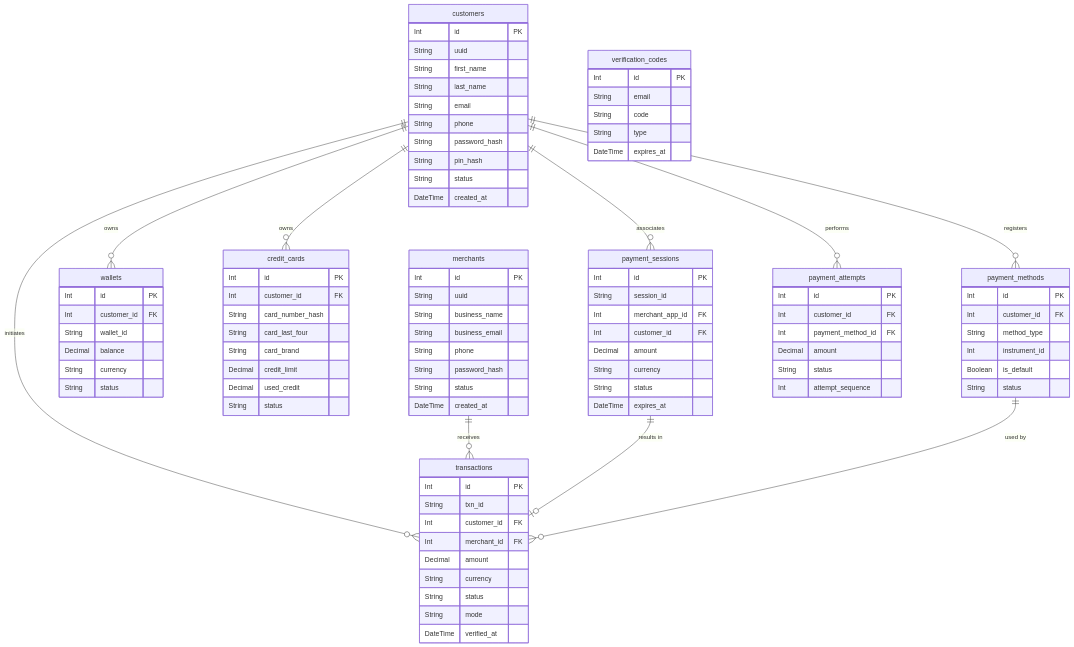
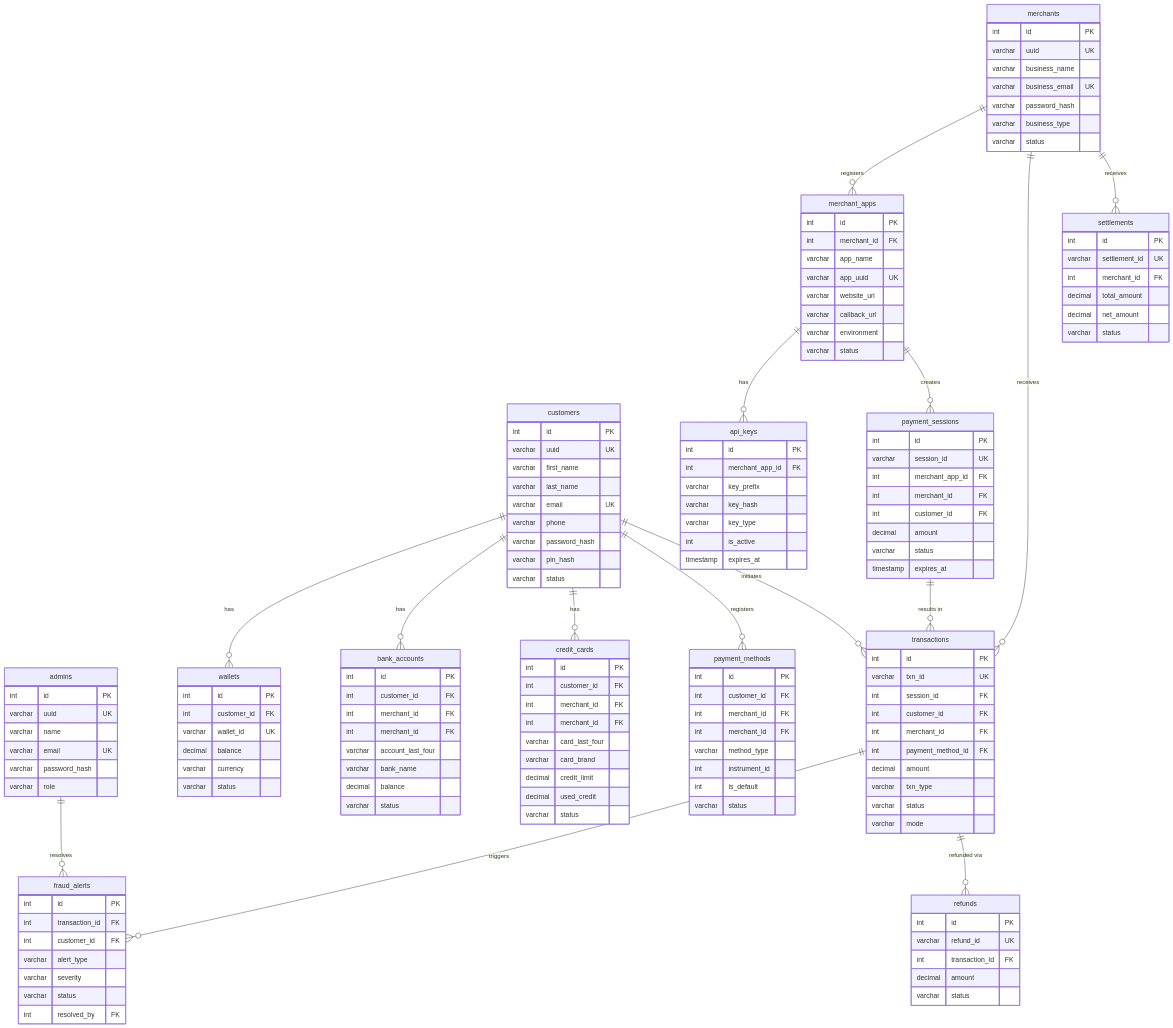
One commit to shahparamh/PaySim---Payment-Gateway changed the diagram in docs/DATABASE_SCHEMA.md. Above: the diagram before and after it, drawn with Mermaid. The commit also changed other lines of this file and 4 other files, not shown here.

````diff
--- a/docs/DATABASE_SCHEMA.md
+++ b/docs/DATABASE_SCHEMA.md
@@ -9,107 +46,150 @@
 ```mermaid
 erDiagram
     customers {
-        Int id PK
-        String uuid
-        String first_name
-        String last_name
-        String email
-        String phone
-        String password_hash
-        String pin_hash
-        String status
-        DateTime created_at
+        int id PK
+        varchar uuid UK
+        varchar first_name
+        varchar last_name
+        varchar email UK
+        varchar phone
+        varchar password_hash
+        varchar pin_hash
+        varchar status
+    }
+    merchants {
+        int id PK
+        varchar uuid UK
+        varchar business_name
+        varchar business_email UK
+        varchar password_hash
+        varchar business_type
+        varchar status
+    }
+    admins {
+        int id PK
+        varchar uuid UK
+        varchar name
+        varchar email UK
+        varchar password_hash
+        varchar role
+    }
+    wallets {
+        int id PK
+        int customer_id FK
+        varchar wallet_id UK
+        decimal balance
+        varchar currency
+        varchar status
+    }
+    bank_accounts {
+        int id PK
+        int customer_id FK
+        int merchant_id FK
+        int merchant_id FK
+        varchar account_last_four
+        varchar bank_name
+        decimal balance
+        varchar status
+    }
+    credit_cards {
+        int id PK
+        int customer_id FK
+        int merchant_id FK
+        int merchant_id FK
+        varchar card_last_four
+        varchar card_brand
+        decimal credit_limit
+        decimal used_credit
+        varchar status
+    }
+    payment_methods {
+        int id PK
+        int customer_id FK
+        int merchant_id FK
+        int merchant_id FK
+        varchar method_type
+        int instrument_id
+        int is_default
+        varchar status
+    }
+    merchant_apps {
+        int id PK
+        int merchant_id FK
+        varchar app_name
+        varchar app_uuid UK
+        varchar website_url
+        varchar callback_url
+        varchar environment
+        varchar status
+    }
+    api_keys {
+        int id PK
+        int merchant_app_id FK
+        varchar key_prefix
+        varchar key_hash
+        varchar key_type
+        int is_active
+        timestamp expires_at
+    }
+    payment_sessions {
+        int id PK
+        varchar session_id UK
+        int merchant_app_id FK
+        int merchant_id FK
+        int customer_id FK
+        decimal amount
+        varchar status
+        timestamp expires_at
+    }
+    transactions {
+        int id PK
+        varchar txn_id UK
+        int session_id FK
+        int customer_id FK
+        int merchant_id FK
+        int payment_method_id FK
+        decimal amount
+        varchar txn_type
+        varchar status
+        varchar mode
+    }
+    fraud_alerts {
+        int id PK
+        int transaction_id FK
+        int customer_id FK
+        varchar alert_type
+        varchar severity
+        varchar status
+        int resolved_by FK
+    }
+    settlements {
+        int id PK
+        varchar settlement_id UK
+        int merchant_id FK
+        decimal total_amount
+        decimal net_amount
+        varchar status
+    }
+    refunds {
+        int id PK
+        varchar refund_id UK
+        int transaction_id FK
+        decimal amount
+        varchar status
     }
 
-    merchants {
-        Int id PK
-        String uuid
-        String business_name
-        String business_email
-        String phone
-        String password_hash
-        String status
-        DateTime created_at
-    }
-
-    wallets {
-        Int id PK
-        Int customer_id FK
-        String wallet_id
-        Decimal balance
-        String currency
-        String status
-    }
-
-    credit_cards {
-        Int id PK
-        Int customer_id FK
-        String card_number_hash
-        String card_last_four
-        String card_brand
-        Decimal credit_limit
-        Decimal used_credit
-        String status
-    }
-
-    payment_methods {
-        Int id PK
-        Int customer_id FK
-        String method_type
-        Int instrument_id
-        Boolean is_default
-        String status
-    }
-
-    payment_sessions {
-        Int id PK
-        String session_id
-        Int merchant_app_id FK
-        Int customer_id FK
-        Decimal amount
-        String currency
-        String status
-        DateTime expires_at
-    }
-
-    transactions {
-        Int id PK
-        String txn_id
-        Int customer_id FK
-        Int merchant_id FK
-        Decimal amount
-        String currency
-        String status
-        String mode
-        DateTime verified_at
-    }
-
-    verification_codes {
-        Int id PK
-        String email
-        String code
-        String type
-        DateTime expires_at
-    }
-
-    payment_attempts {
-        Int id PK
-        Int customer_id FK
-        Int payment_method_id FK
-        Decimal amount
-        String status
-        Int attempt_sequence
-    }
-
-    %% ── Relationships ──
-    customers ||--o{ wallets : "owns"
-    customers ||--o{ credit_cards : "owns"
+    customers ||--o{ wallets : "has"
+    customers ||--o{ bank_accounts : "has"
+    customers ||--o{ credit_cards : "has"
     customers ||--o{ payment_methods : "registers"
     customers ||--o{ transactions : "initiates"
-    customers ||--o{ payment_sessions : "associates"
-    customers ||--o{ payment_attempts : "performs"
-
+    merchants ||--o{ merchant_apps : "registers"
     merchants ||--o{ transactions : "receives"
-    payment_sessions ||--o| transactions : "results in"
-    payment_methods ||--o{ transactions : "used by"
+    merchants ||--o{ settlements : "receives"
+    merchant_apps ||--o{ api_keys : "has"
+    merchant_apps ||--o{ payment_sessions : "creates"
+    payment_sessions ||--o{ transactions : "results in"
+    transactions ||--o{ fraud_alerts : "triggers"
+    transactions ||--o{ refunds : "refunded via"
+    admins ||--o{ fraud_alerts : "resolves"
 ```
````
